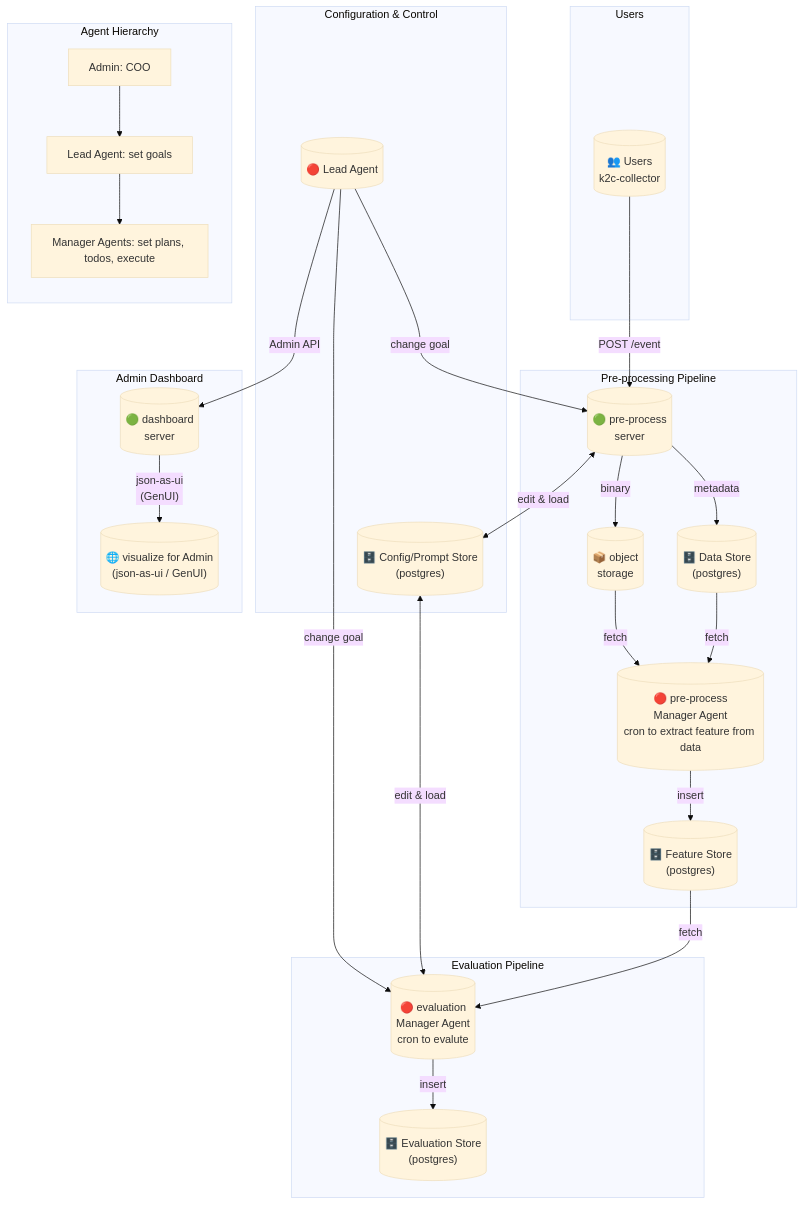
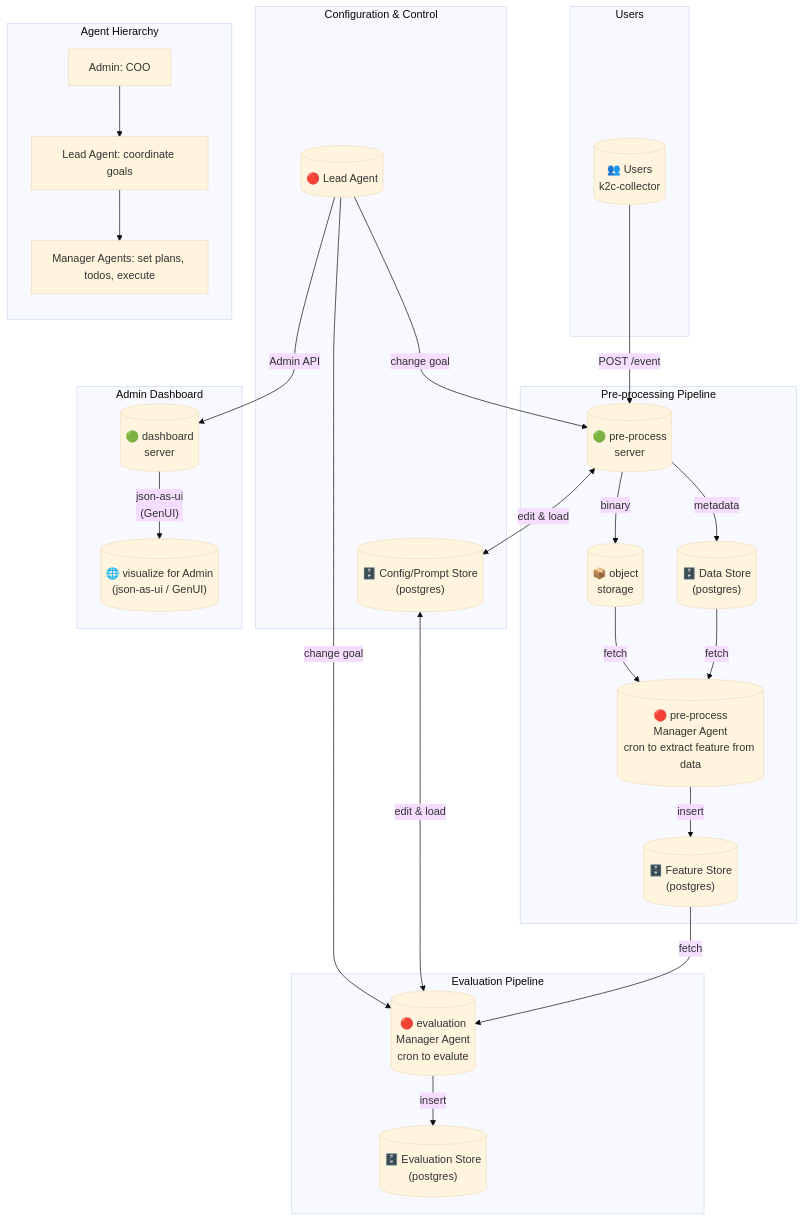
One commit to chungjung-d/k2c-hackathon changed the diagram in AGENTS.md. Above: the diagram before and after it, drawn with Mermaid (base theme). The commit also changed other lines of this file and 17 other files, not shown here.

````diff
--- a/AGENTS.md
+++ b/AGENTS.md
@@ -7,61 +7,61 @@
 ```mermaid
 flowchart TB
     subgraph Users
         U[("👥 Users<br/>k2c-collector")]
     end
 
     subgraph PreProcess["Pre-processing Pipeline"]
         PPS[("🟢 pre-process<br/>server")]
         OBJ[("📦 object<br/>storage")]
         DS[("🗄️ Data Store<br/>(postgres)")]
         PPMA[("🔴 pre-process<br/>Manager Agent<br/>cron to extract feature from data")]
         FS[("🗄️ Feature Store<br/>(postgres)")]
     end
 
     subgraph Config["Configuration & Control"]
         CPS[("🗄️ Config/Prompt Store<br/>(postgres)")]
         LA[("🔴 Lead Agent")]
     end
 
     subgraph Evaluation["Evaluation Pipeline"]
         EMA[("🔴 evaluation<br/>Manager Agent<br/>cron to evalute")]
         ES[("🗄️ Evaluation Store<br/>(postgres)")]
     end
 
     subgraph Dashboard["Admin Dashboard"]
         DBS[("🟢 dashboard<br/>server")]
         UI[("🌐 visualize for Admin<br/>(json-as-ui / GenUI)")]
     end
 
     %% User flow
     U -->|"POST /event"| PPS
     
     %% Pre-process flow
     PPS -->|"binary"| OBJ
     PPS -->|"metadata"| DS
     OBJ -->|"fetch"| PPMA
     DS -->|"fetch"| PPMA
     PPMA -->|"insert"| FS
 
     %% Config flow
     PPS <-->|"edit & load"| CPS
     %% Evaluation flow
     LA -->|"change goal"| EMA
     LA -->|"change goal"| PPS
     CPS <-->|"edit & load"| EMA
     FS -->|"fetch"| EMA
     EMA -->|"insert"| ES
 
     %% Dashboard flow
     LA -->|"Admin API"| DBS
     DBS -->|"json-as-ui<br/>(GenUI)"| UI
 
     %% Hierarchy note
     subgraph Hierarchy["Agent Hierarchy"]
         direction TB
         H1["Admin: COO"]
-        H2["Lead Agent: set goals"]
+        H2["Lead Agent: coordinate goals"]
         H3["Manager Agents: set plans, todos, execute"]
         H1 --> H2 --> H3
     end
 ```
````
